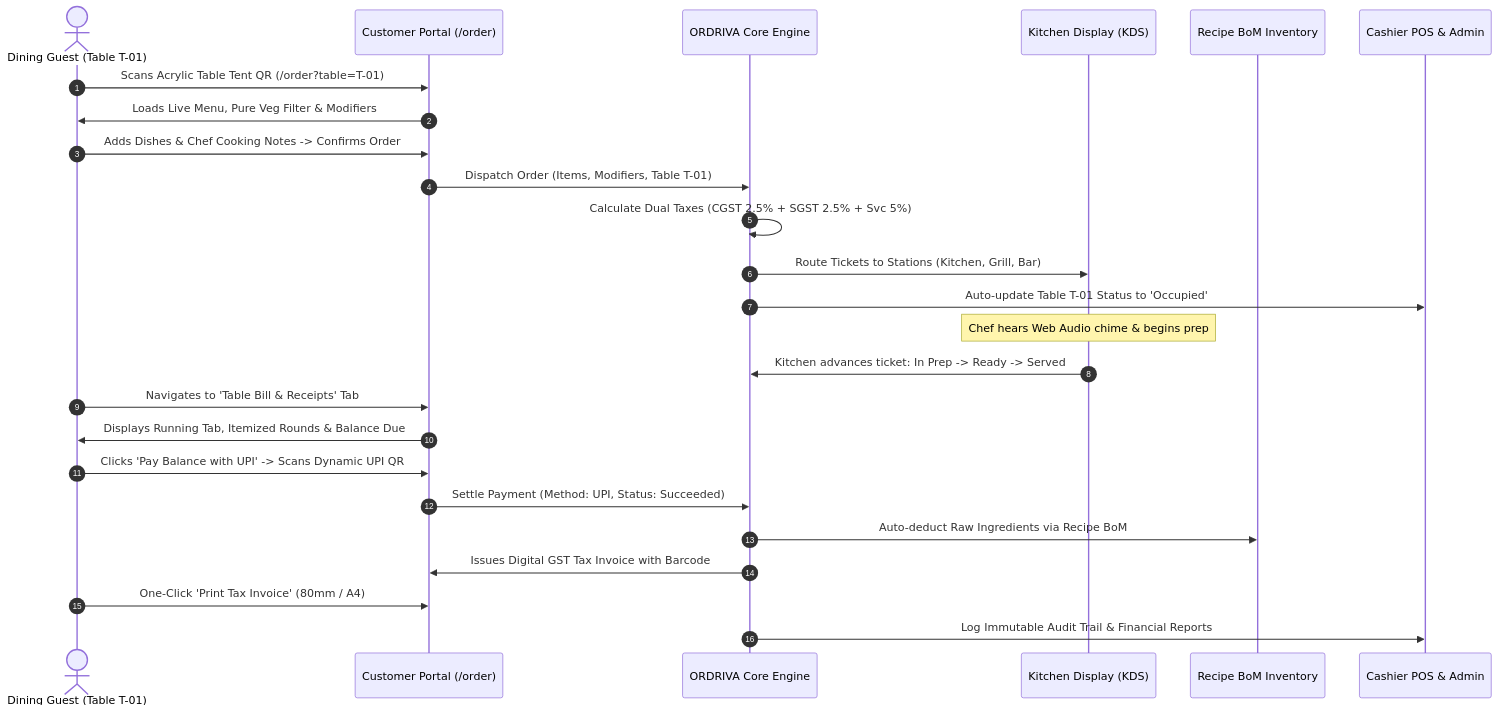
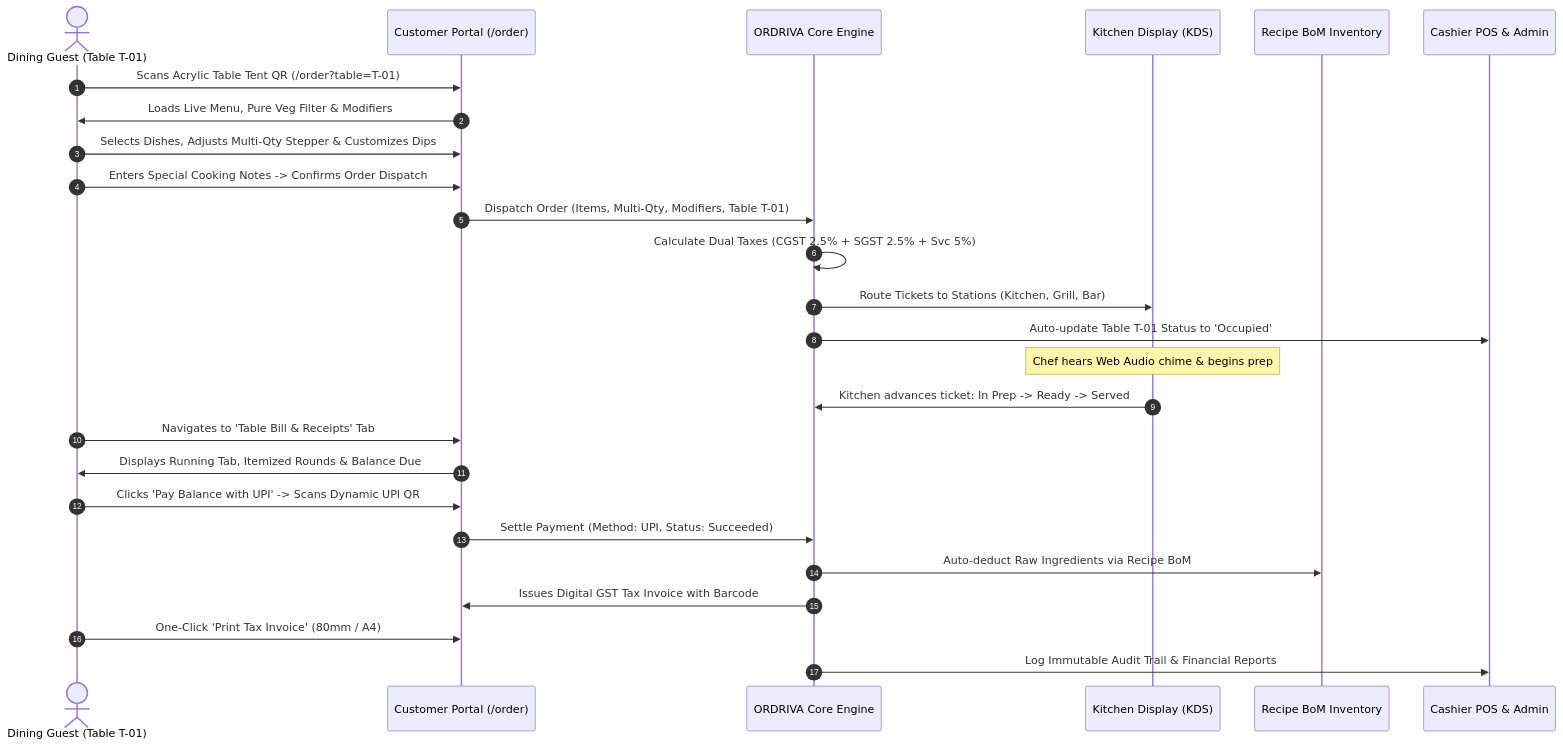
Before and after one commit to Gautamgiri798/ORDRIVA: the second of 3 diagrams in README.md, drawn with Mermaid. The commit also changed other lines of this file and 1 other file, not shown here.

````diff
--- a/README.md
+++ b/README.md
@@ -124,28 +127,29 @@
 ```mermaid
 sequenceDiagram
     autonumber
     actor Guest as Dining Guest (Table T-01)
     participant QR as Customer Portal (/order)
     participant Engine as ORDRIVA Core Engine
     participant KDS as Kitchen Display (KDS)
     participant Stock as Recipe BoM Inventory
     participant POS as Cashier POS & Admin
 
     Guest->>QR: Scans Acrylic Table Tent QR (/order?table=T-01)
     QR->>Guest: Loads Live Menu, Pure Veg Filter & Modifiers
-    Guest->>QR: Adds Dishes & Chef Cooking Notes -> Confirms Order
-    QR->>Engine: Dispatch Order (Items, Modifiers, Table T-01)
+    Guest->>QR: Selects Dishes, Adjusts Multi-Qty Stepper & Customizes Dips
+    Guest->>QR: Enters Special Cooking Notes -> Confirms Order Dispatch
+    QR->>Engine: Dispatch Order (Items, Multi-Qty, Modifiers, Table T-01)
     Engine->>Engine: Calculate Dual Taxes (CGST 2.5% + SGST 2.5% + Svc 5%)
     Engine->>KDS: Route Tickets to Stations (Kitchen, Grill, Bar)
     Engine->>POS: Auto-update Table T-01 Status to 'Occupied'
     Note over KDS: Chef hears Web Audio chime & begins prep
     KDS->>Engine: Kitchen advances ticket: In Prep -> Ready -> Served
     Guest->>QR: Navigates to 'Table Bill & Receipts' Tab
     QR->>Guest: Displays Running Tab, Itemized Rounds & Balance Due
     Guest->>QR: Clicks 'Pay Balance with UPI' -> Scans Dynamic UPI QR
     QR->>Engine: Settle Payment (Method: UPI, Status: Succeeded)
     Engine->>Stock: Auto-deduct Raw Ingredients via Recipe BoM
     Engine->>QR: Issues Digital GST Tax Invoice with Barcode
     Guest->>QR: One-Click 'Print Tax Invoice' (80mm / A4)
     Engine->>POS: Log Immutable Audit Trail & Financial Reports
 ```
````
